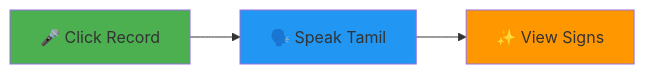
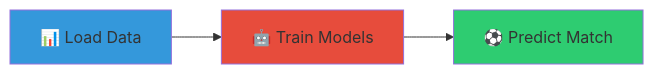
The first of 3 diagrams in Readme.md (Mithun141404/football-match-result-predictor), drawn with Mermaid before and after one commit. The commit also changed other lines of this file, not shown here.

````diff
--- a/Readme.md
+++ b/Readme.md
@@ -97,8 +93,8 @@
 ```mermaid
 graph LR
-    A[🎤 Click Record] --> B[🗣️ Speak Tamil] --> C[✨ View Signs]
+    A[📊 Load Data] --> B[🤖 Train Models] --> C[⚽ Predict Match]
     
-    style A fill:#4CAF50
-    style B fill:#2196F3  
-    style C fill:#FF9800
+    style A fill:#3498db
+    style B fill:#e74c3c  
+    style C fill:#2ecc71
 ```
````
